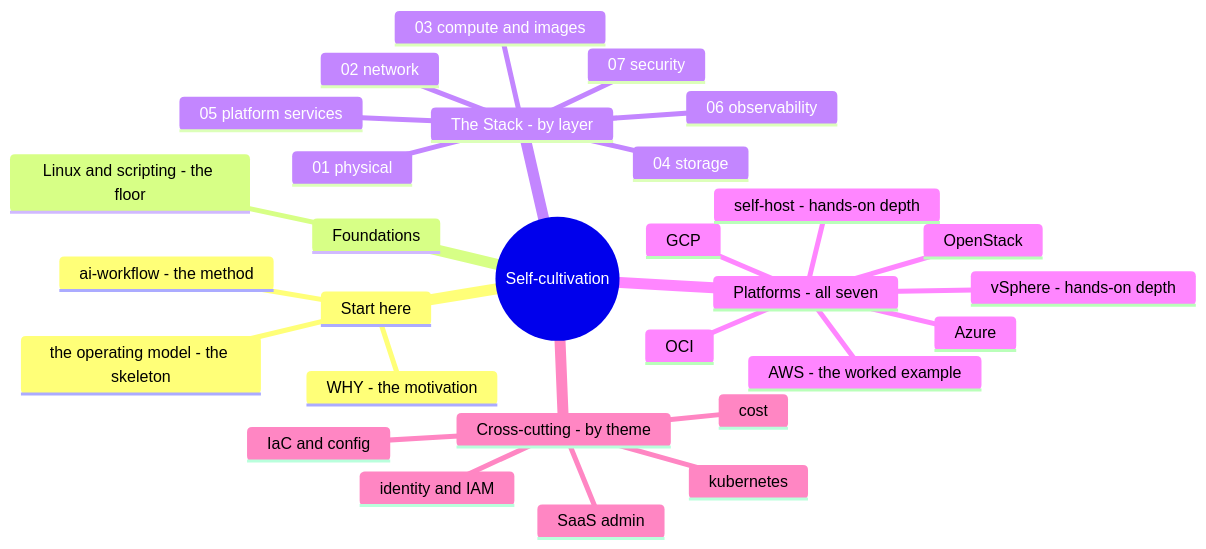
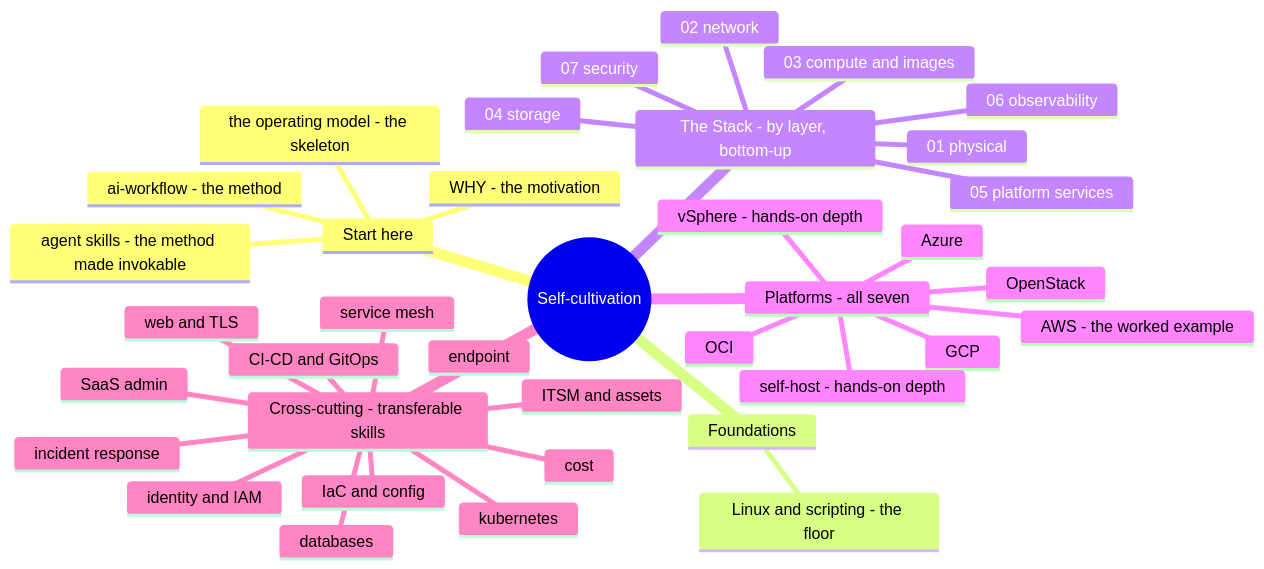
One commit to vicenteliu/sysadmin-self-cultivation changed the second of 2 diagrams in README.md. Above: the diagram before and after it, drawn with Mermaid. The commit also changed other lines of this file, not shown here.

First line of the commit message:
readme: refresh to current state — complete the shape, surface skills & labs

````diff
--- a/README.md
+++ b/README.md
@@ -39,32 +39,40 @@
 ```mermaid
 mindmap
   root((Self-cultivation))
     Start here
       WHY - the motivation
       the operating model - the skeleton
       ai-workflow - the method
+      agent skills - the method made invokable
     Foundations
       Linux and scripting - the floor
-    The Stack - by layer
+    The Stack - by layer, bottom-up
       01 physical
       02 network
       03 compute and images
       04 storage
       05 platform services
       06 observability
       07 security
     Platforms - all seven
       AWS - the worked example
       Azure
       GCP
       OCI
       vSphere - hands-on depth
       OpenStack
       self-host - hands-on depth
-    Cross-cutting - by theme
+    Cross-cutting - transferable skills
       identity and IAM
+      IaC and config
+      CI-CD and GitOps
+      databases
+      ITSM and assets
+      web and TLS
+      service mesh
+      incident response
       SaaS admin
-      IaC and config
+      kubernetes
       cost
-      kubernetes
+      endpoint
 ```
````
